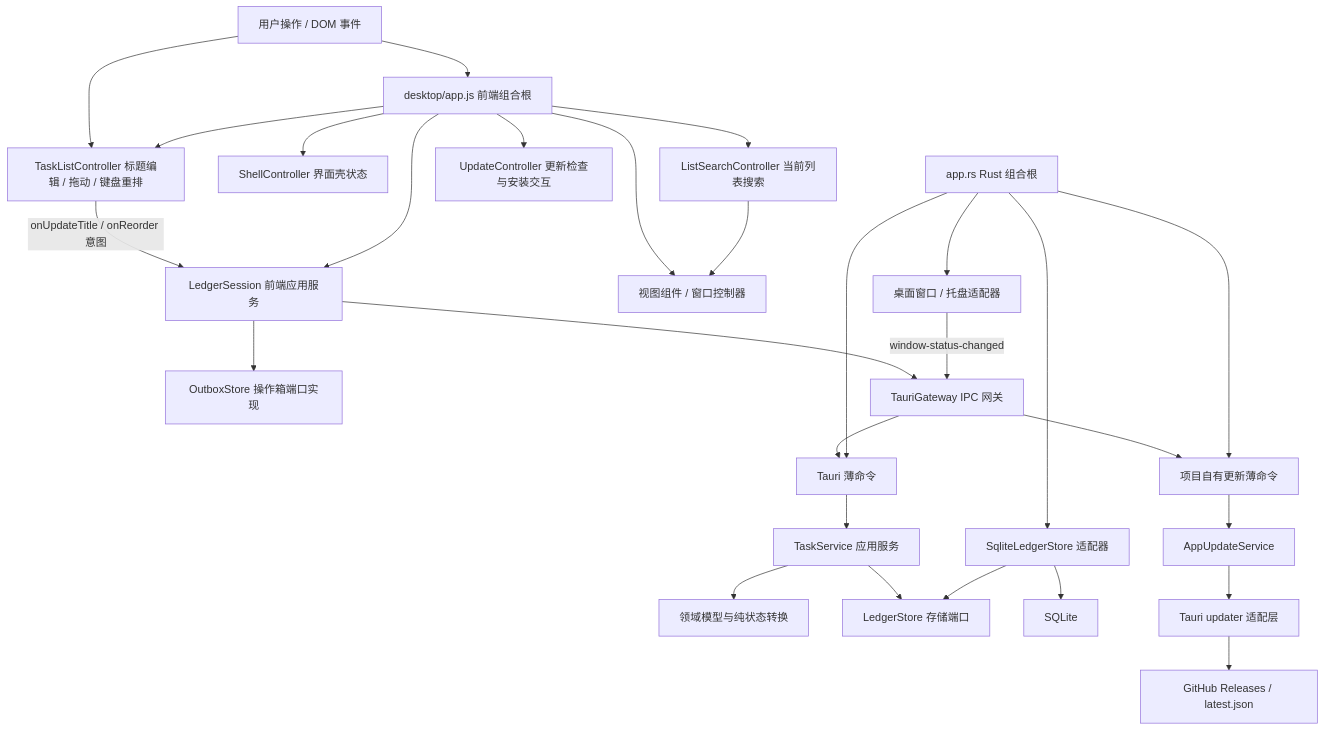
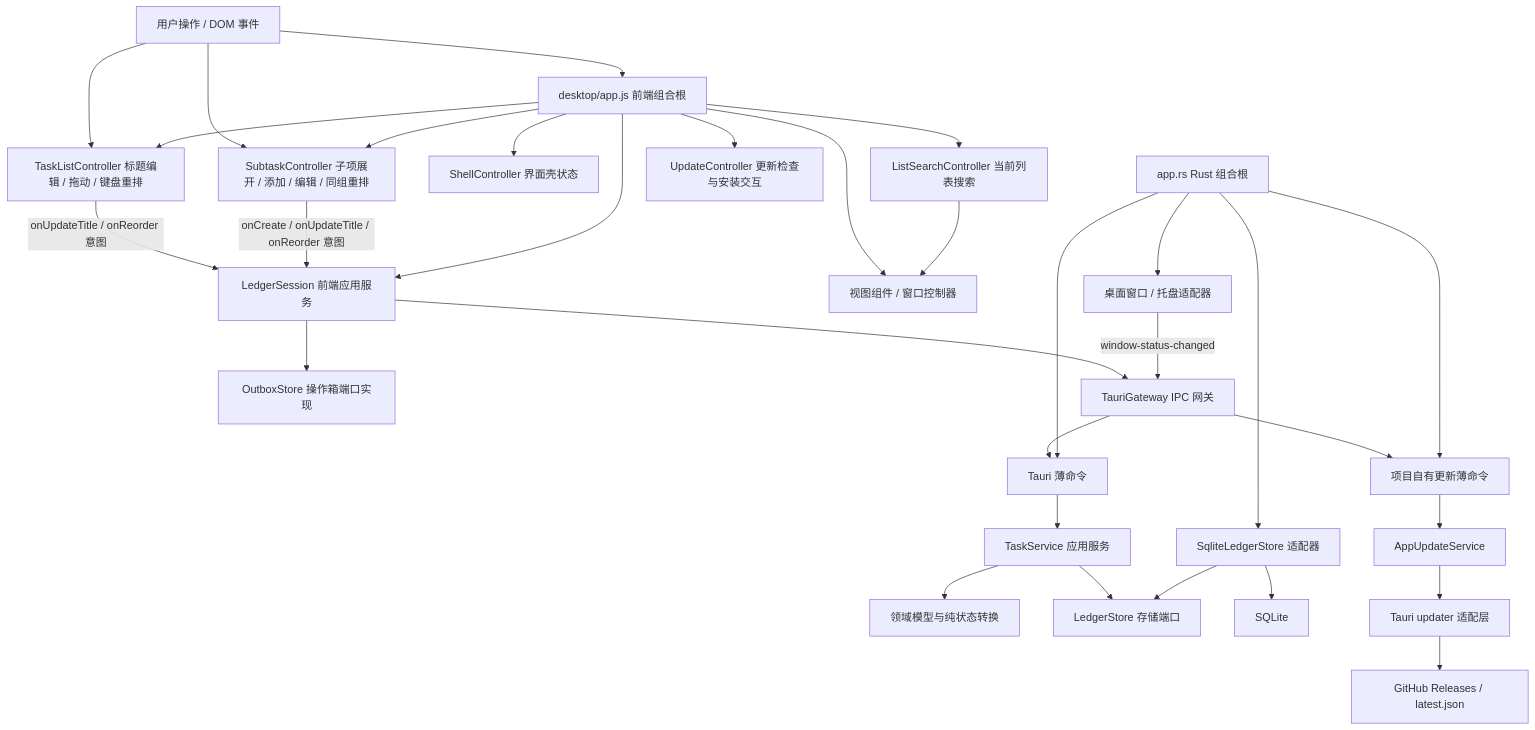
The diagram in docs/代码架构与模块边界-v0.1.md (mhdfy1988/todo), drawn with Mermaid before and after one commit. The commit also changed other lines of this file and 56 other files, not shown here.

````diff
--- a/docs/代码架构与模块边界-v0.1.md
+++ b/docs/代码架构与模块边界-v0.1.md
@@ -93,30 +94,33 @@
 ```mermaid
 flowchart TD
     UI["用户操作 / DOM 事件"] --> FE["desktop/app.js 前端组合根"]
     UI --> LIST["TaskListController 标题编辑 / 拖动 / 键盘重排"]
+    UI --> SUBTASK["SubtaskController 子项展开 / 添加 / 编辑 / 同组重排"]
     FE --> LIST
+    FE --> SUBTASK
     LIST -->|"onUpdateTitle / onReorder 意图"| SESSION
+    SUBTASK -->|"onCreate / onUpdateTitle / onReorder 意图"| SESSION
     FE --> SESSION["LedgerSession 前端应用服务"]
     FE --> VIEW["视图组件 / 窗口控制器"]
     FE --> SHELL["ShellController 界面壳状态"]
     FE --> SEARCH["ListSearchController 当前列表搜索"]
     FE --> UPDATE["UpdateController 更新检查与安装交互"]
     SEARCH --> VIEW
     SESSION --> OUTBOX["OutboxStore 操作箱端口实现"]
     SESSION --> GATEWAY["TauriGateway IPC 网关"]
     GATEWAY --> COMMANDS["Tauri 薄命令"]
     GATEWAY --> UPDATE_COMMANDS["项目自有更新薄命令"]
     COMMANDS --> SERVICE["TaskService 应用服务"]
     SERVICE --> DOMAIN["领域模型与纯状态转换"]
     SERVICE --> PORT["LedgerStore 存储端口"]
     SQLITE["SqliteLedgerStore 适配器"] --> PORT
     SQLITE --> DB["SQLite"]
     APP["app.rs Rust 组合根"] --> COMMANDS
     APP --> UPDATE_COMMANDS
     UPDATE_COMMANDS --> UPDATE_SERVICE["AppUpdateService"]
     UPDATE_SERVICE --> UPDATER["Tauri updater 适配层"]
     UPDATER --> RELEASES["GitHub Releases / latest.json"]
     APP --> SQLITE
     APP --> DESKTOP["桌面窗口 / 托盘适配器"]
     DESKTOP -->|"window-status-changed"| GATEWAY
 ```
````
